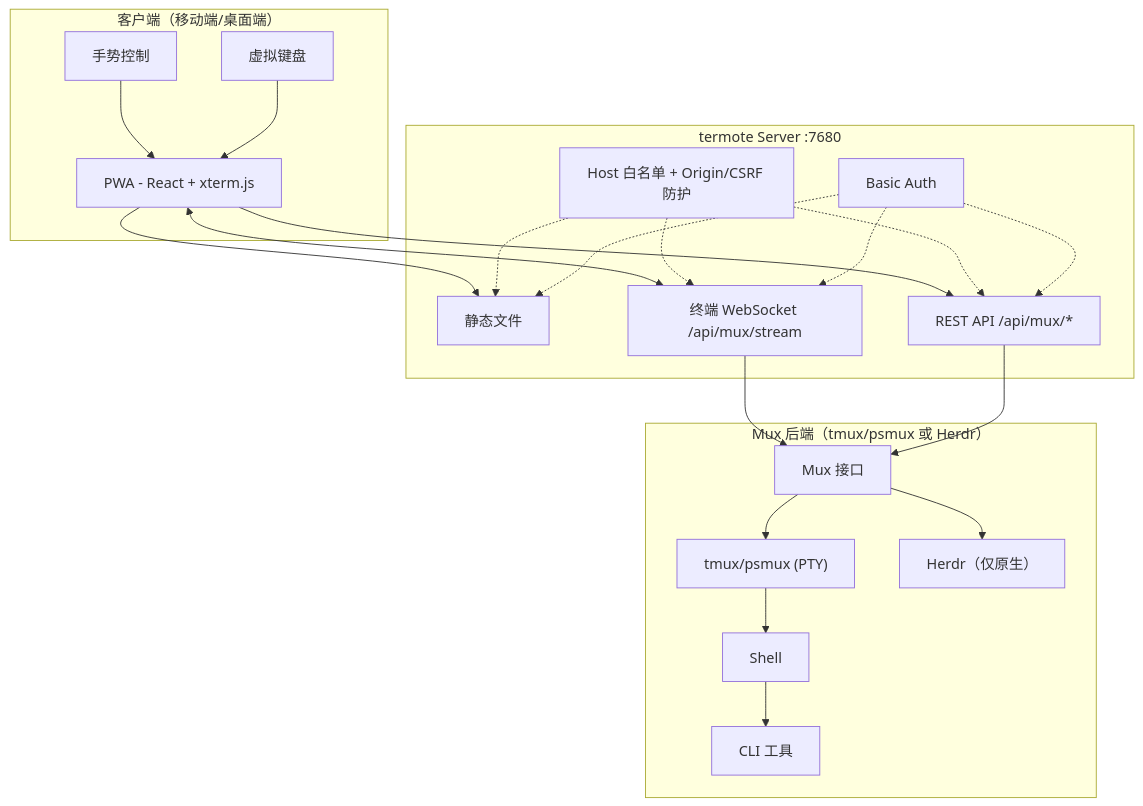
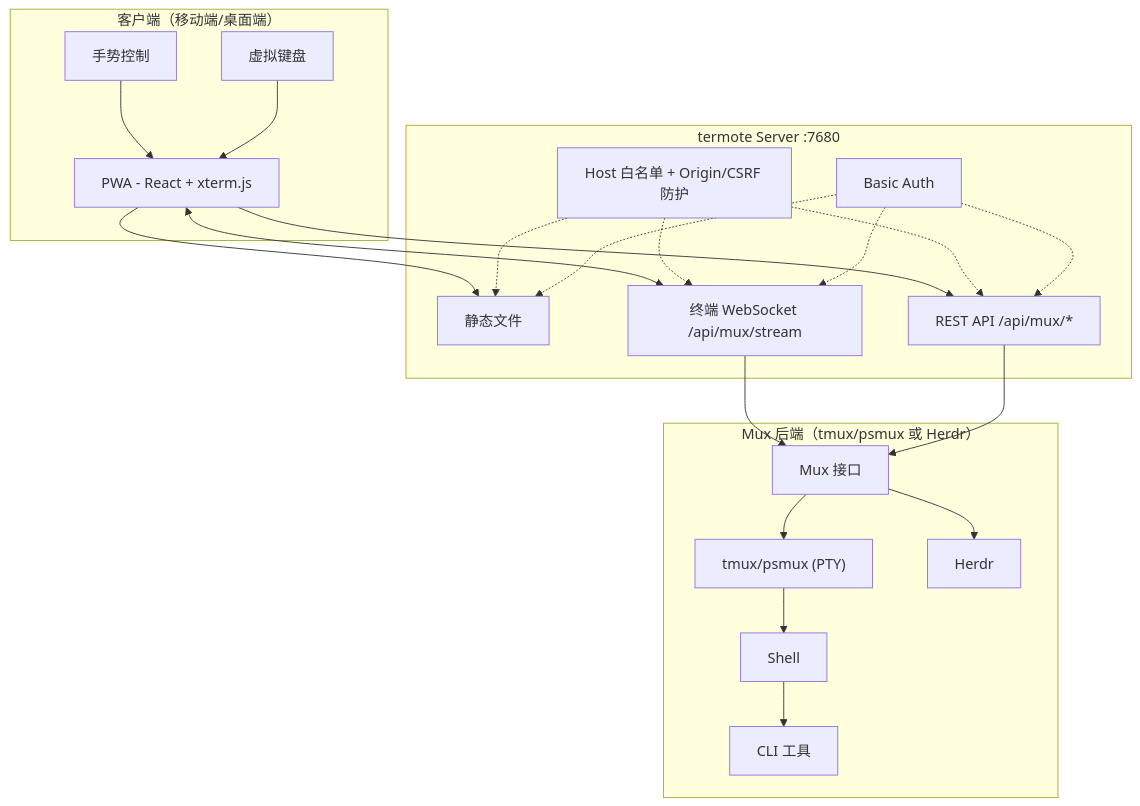
One commit to lamngockhuong/termote changed the first of 2 diagrams in README.zh-CN.md. Above: the diagram before and after it, drawn with Mermaid. The commit also changed other lines of this file and 36 other files, not shown here.

````diff
--- a/README.zh-CN.md
+++ b/README.zh-CN.md
@@ -63,36 +63,36 @@
 ```mermaid
 flowchart TB
     subgraph Client["客户端（移动端/桌面端）"]
         PWA["PWA - React + xterm.js"]
         Gestures["手势控制"]
         Keyboard["虚拟键盘"]
     end
 
     subgraph Server["termote Server :7680"]
         Static["静态文件"]
         Stream["终端 WebSocket /api/mux/stream"]
         API["REST API /api/mux/*"]
         Guard["Host 白名单 + Origin/CSRF 防护"]
         Auth["Basic Auth"]
     end
 
     subgraph Backend["Mux 后端（tmux/psmux 或 Herdr）"]
         Mux["Mux 接口"]
         tmux["tmux/psmux (PTY)"]
-        herdr["Herdr（仅原生）"]
+        herdr["Herdr"]
         Shell["Shell"]
         Tools["CLI 工具"]
     end
 
     Gestures --> PWA
     Keyboard --> PWA
     PWA --> Static
     PWA <--> Stream
     PWA --> API
     Guard -.-> Static & Stream & API
     Auth -.-> Static & Stream & API
     Stream --> Mux
     API --> Mux
     Mux --> tmux & herdr
     tmux --> Shell --> Tools
 ```
````
